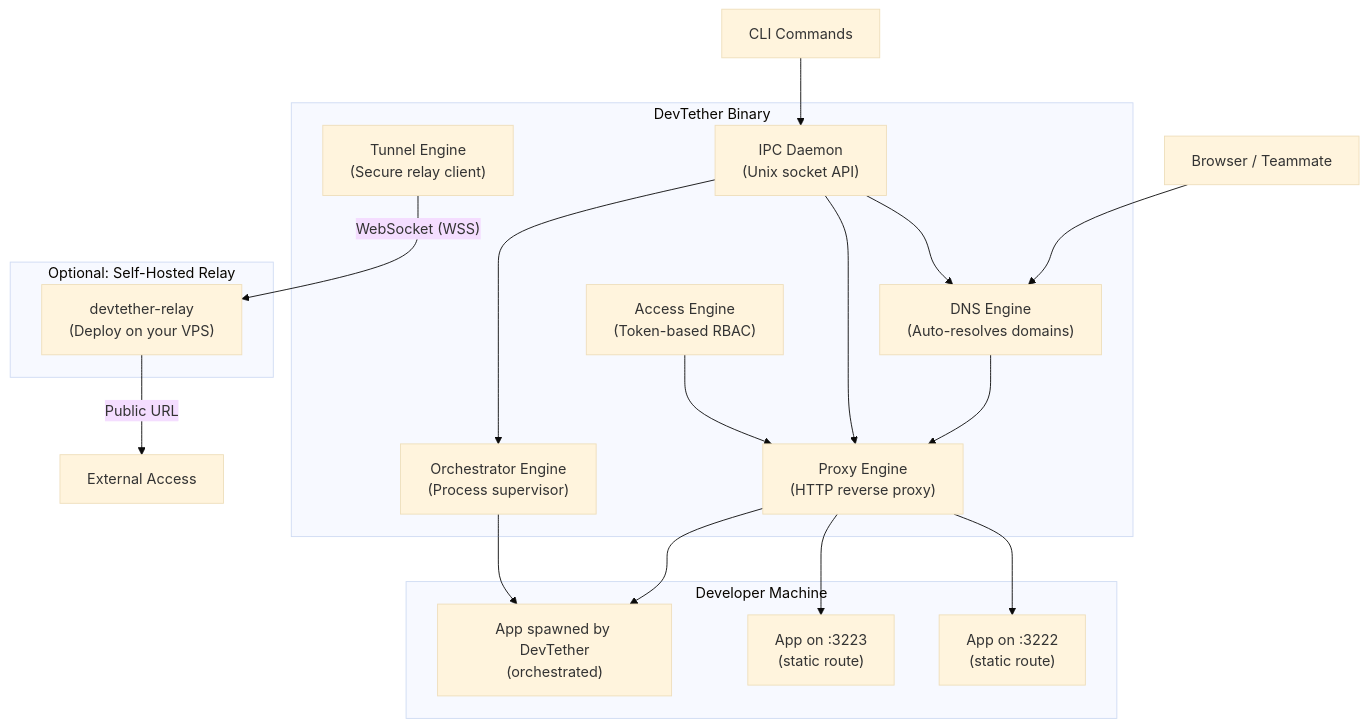
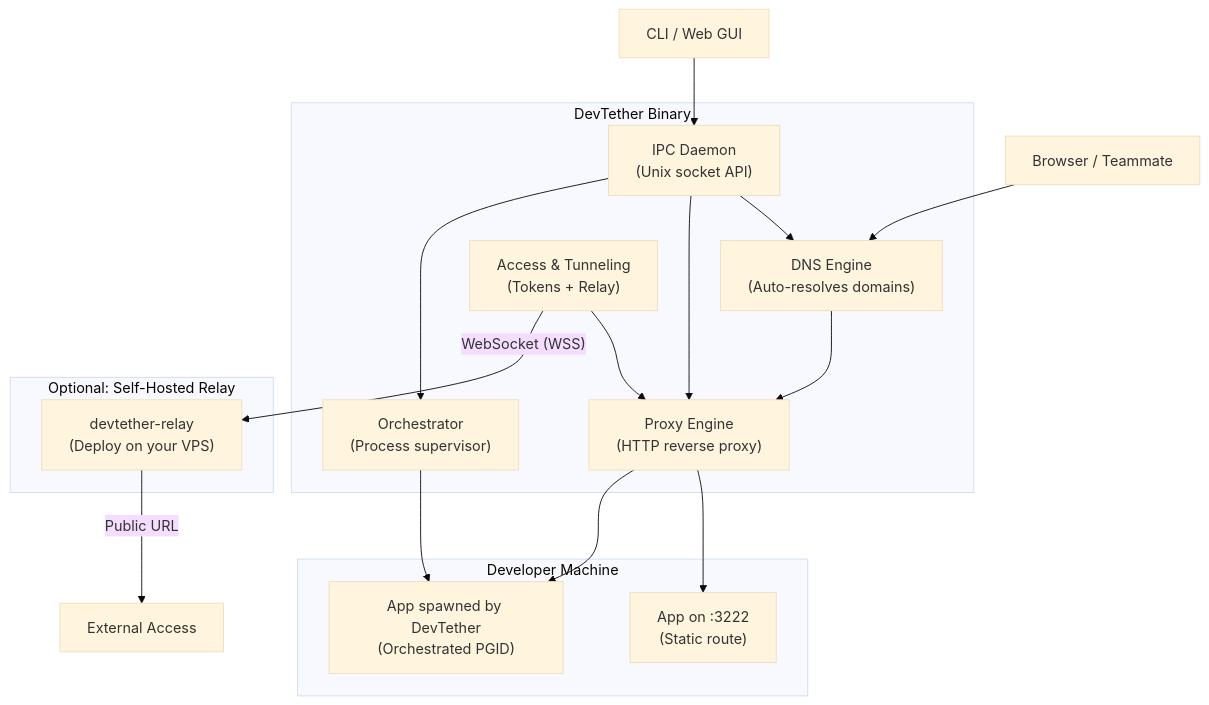
One commit to ivin-titus/devtether changed the diagram in docs/architecture.md. Above: the diagram before and after it, drawn with Mermaid (base theme). The commit also changed other lines of this file and 7 other files, not shown here.

First line of the commit message:
docs: formalize Three-Layer Master Architecture

````diff
--- a/docs/architecture.md
+++ b/docs/architecture.md
@@ -18,35 +18,32 @@
 ```mermaid
 graph TB
     subgraph "DevTether Binary"
         DNS["DNS Engine<br/>(Auto-resolves domains)"]
         PROXY["Proxy Engine<br/>(HTTP reverse proxy)"]
-        ORCH["Orchestrator Engine<br/>(Process supervisor)"]
-        TUNNEL["Tunnel Engine<br/>(Secure relay client)"]
-        ACCESS["Access Engine<br/>(Token-based RBAC)"]
+        ORCH["Orchestrator<br/>(Process supervisor)"]
+        ACCESS["Access & Tunneling<br/>(Tokens + Relay)"]
         IPC["IPC Daemon<br/>(Unix socket API)"]
     end
 
     subgraph "Optional: Self-Hosted Relay"
         RELAY["devtether-relay<br/>(Deploy on your VPS)"]
     end
 
     subgraph "Developer Machine"
-        APP1["App on :3222<br/>(static route)"]
-        APP2["App on :3223<br/>(static route)"]
-        APP3["App spawned by DevTether<br/>(orchestrated)"]
+        APP1["App on :3222<br/>(Static route)"]
+        APP2["App spawned by DevTether<br/>(Orchestrated PGID)"]
     end
 
     Browser["Browser / Teammate"] --> DNS
     DNS --> PROXY
     ACCESS --> PROXY
     PROXY --> APP1
+    ORCH --> APP2
     PROXY --> APP2
-    ORCH --> APP3
-    PROXY --> APP3
-    TUNNEL -->|"WebSocket (WSS)"| RELAY
+    ACCESS -->|"WebSocket (WSS)"| RELAY
     RELAY -->|"Public URL"| Internet["External Access"]
-    CLI["CLI Commands"] --> IPC
+    CLI["CLI / Web GUI"] --> IPC
     IPC --> DNS
     IPC --> PROXY
     IPC --> ORCH
 ```
````
